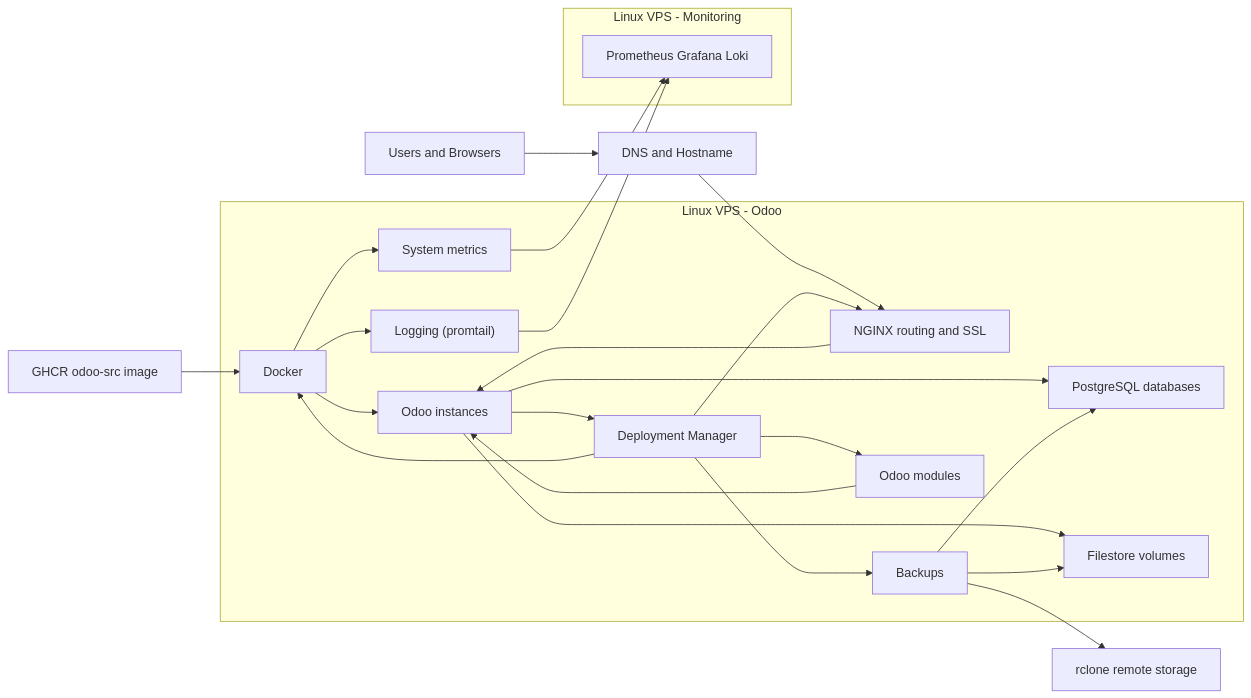
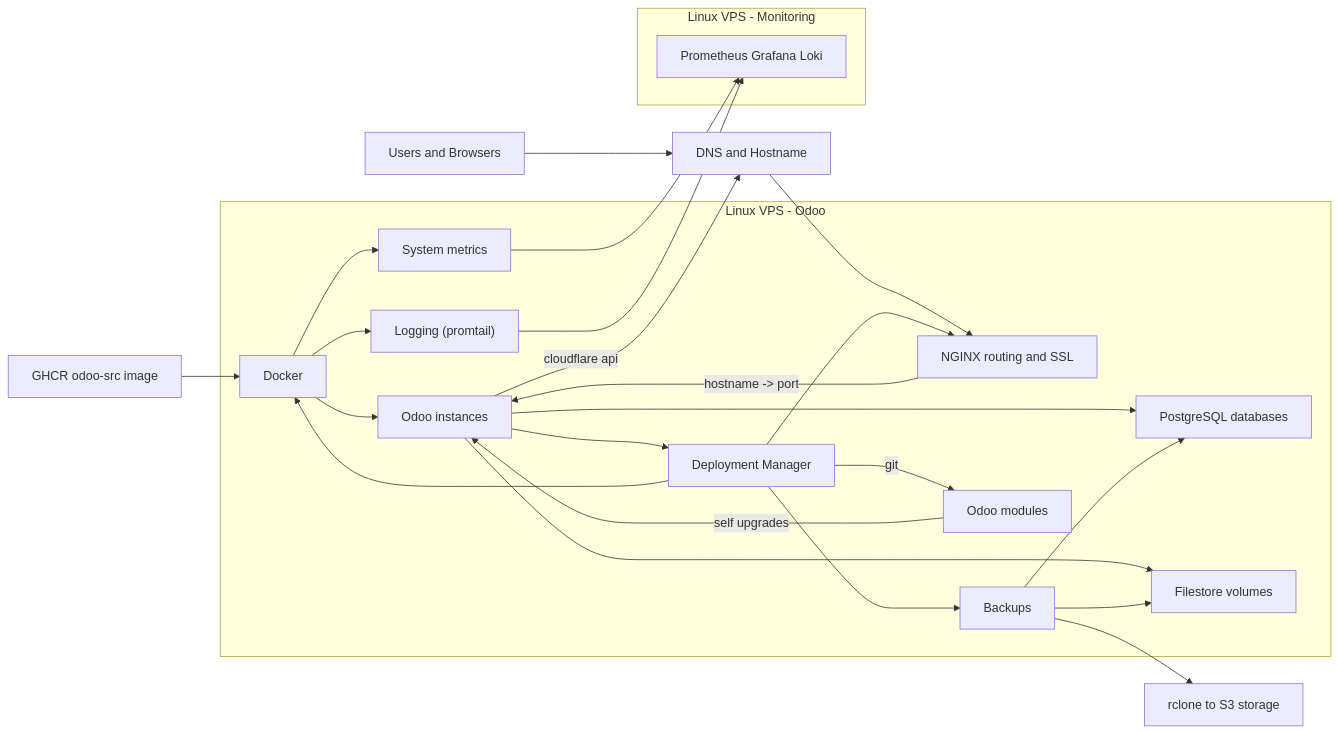
Before and after one commit to elmeriniemela/deploy-manager: the diagram in README.md, drawn with Mermaid.

Commit message:
documentation

````diff
--- a/README.md
+++ b/README.md
@@ -9,64 +9,65 @@
 ```mermaid
 flowchart LR
     GHCR["GHCR odoo-src image"]
     User["Users and Browsers"]
     DNS["DNS and Hostname"]
     Nginx["NGINX routing and SSL"]
     Odoo["Odoo instances"]
     PG["PostgreSQL databases"]
     FS["Filestore volumes"]
     DeployManager["Deployment Manager"]
     Backup["Backups"]
-    Rclone["rclone remote storage"]
+    Rclone["rclone to S3 storage"]
     Monitoring["Prometheus Grafana Loki"]
     Metrics["System metrics"]
     Logs["Logging (promtail)"]
     Modules["Odoo modules"]
 
     GHCR --> Docker
     Docker --> Odoo
-    Modules --> Odoo
+    Modules -->|self upgrades| Odoo
 
     User --> DNS
     DNS --> Nginx
-    Nginx --> Odoo
+    Nginx -->|hostname -> port| Odoo
     Odoo --> PG
     Odoo --> FS
+    Odoo -->|cloudflare api| DNS
     Odoo --> DeployManager
 
     Backup --> PG
     Backup --> FS
 
     DeployManager --> Docker
     DeployManager --> Nginx
     DeployManager --> Backup
-    DeployManager --> Modules
+    DeployManager -->|git| Modules
     Backup --> Rclone
 
     Docker --> Metrics
     Docker --> Logs
 
     Metrics --> Monitoring
     Logs --> Monitoring
 
 
     subgraph OdooHost["Linux VPS - Odoo"]
         Docker
         Odoo
         PG
         FS
         DeployManager
         Modules
         Nginx
         Backup
         Metrics
         Logs
     end
 
 
     subgraph MonHost["Linux VPS - Monitoring"]
       Monitoring
     end
 
 
 ```
````
